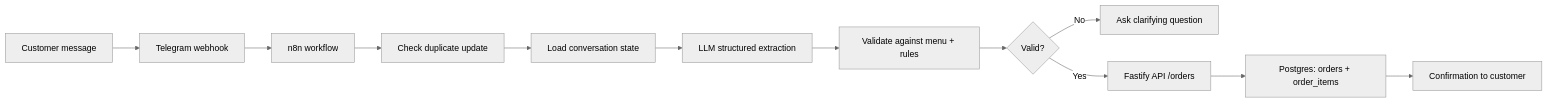
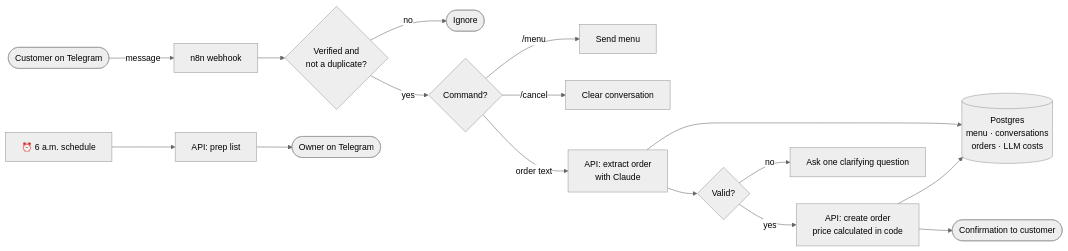
One commit to samaltaa/Pastry-Order-Automation-n8n changed the diagram in README.md. Above: the diagram before and after it, drawn with Mermaid (neutral theme). The commit also changed other lines of this file and 15 other files, not shown here.

````diff
--- a/README.md
+++ b/README.md
@@ -29,14 +74,17 @@
 ```mermaid
 flowchart LR
-    A[Customer message] --> B[Telegram webhook]
-    B --> C[n8n workflow]
-    C --> D[Check duplicate update]
-    D --> E[Load conversation state]
-    E --> F[LLM structured extraction]
-    F --> G[Validate against menu + rules]
-    G --> H{Valid?}
-    H -->|No| I[Ask clarifying question]
-    H -->|Yes| J[Fastify API /orders]
-    J --> K[Postgres: orders + order_items]
-    K --> L[Confirmation to customer]
+    C([Customer on Telegram]) -->|message| W[n8n webhook]
+    W --> V{Verified and<br/>not a duplicate?}
+    V -->|no| X([Ignore])
+    V -->|yes| R{Command?}
+    R -->|/menu| M[Send menu]
+    R -->|/cancel| K[Clear conversation]
+    R -->|order text| E[API: extract order<br/>with Claude]
+    E --> DB[(Postgres<br/>menu · conversations<br/>orders · LLM costs)]
+    E --> OK{Valid?}
+    OK -->|no| Q[Ask one clarifying question]
+    OK -->|yes| O[API: create order<br/>price calculated in code]
+    O --> DB
+    O --> CF([Confirmation to customer])
+    S[⏰ 6 a.m. schedule] --> P[API: prep list] --> OW([Owner on Telegram])
 ```
````
